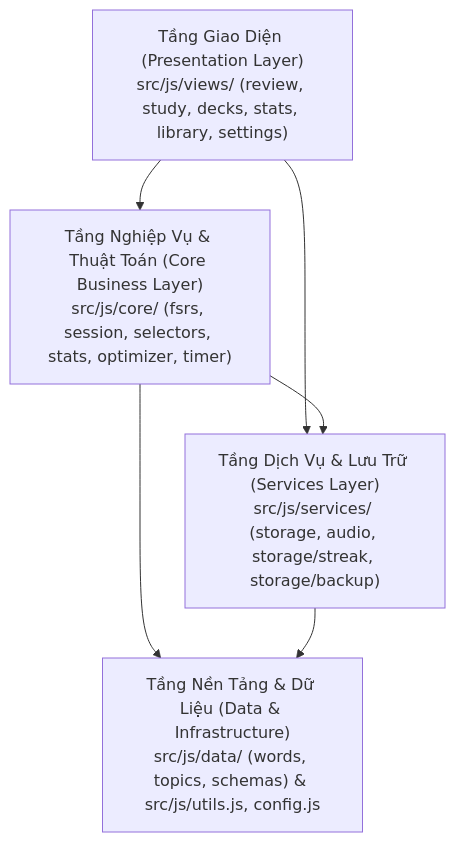
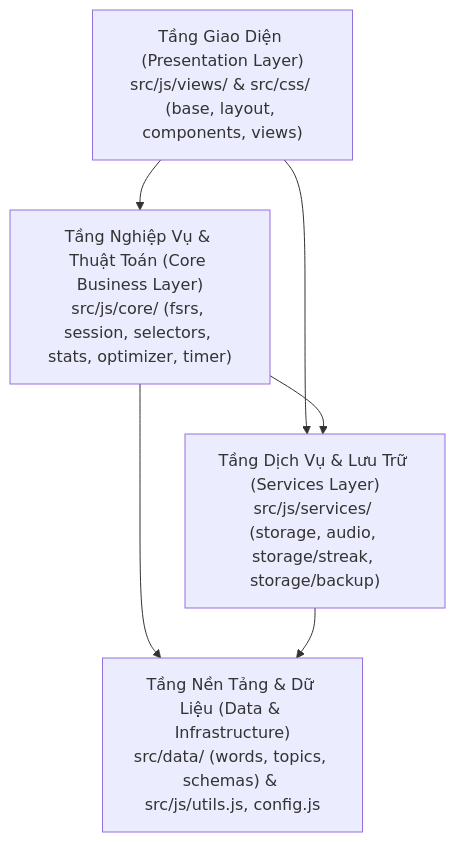
The first of 2 diagrams in docs/ARCHITECTURE.md (trantien2k5/flashcard-pro), drawn with Mermaid before and after one commit. The commit also changed other lines of this file and 8 other files, not shown here.

Commit message:
docs(structure): merge ADR and coding standards into docs/ARCHITECTURE.md and streamline AGENTS.md (v3.76.58)

````diff
--- a/docs/ARCHITECTURE.md
+++ b/docs/ARCHITECTURE.md
@@ -20,13 +20,13 @@
 ```mermaid
 graph TD
-    UI["Tầng Giao Diện (Presentation Layer)<br/>src/js/views/ (review, study, decks, stats, library, settings)"]
+    UI["Tầng Giao Diện (Presentation Layer)<br/>src/js/views/ & src/css/ (base, layout, components, views)"]
     CORE["Tầng Nghiệp Vụ & Thuật Toán (Core Business Layer)<br/>src/js/core/ (fsrs, session, selectors, stats, optimizer, timer)"]
     SVC["Tầng Dịch Vụ & Lưu Trữ (Services Layer)<br/>src/js/services/ (storage, audio, storage/streak, storage/backup)"]
-    INFRA["Tầng Nền Tảng & Dữ Liệu (Data & Infrastructure)<br/>src/js/data/ (words, topics, schemas) & src/js/utils.js, config.js"]
+    INFRA["Tầng Nền Tảng & Dữ Liệu (Data & Infrastructure)<br/>src/data/ (words, topics, schemas) & src/js/utils.js, config.js"]
 
     UI --> CORE
     UI --> SVC
     CORE --> SVC
     CORE --> INFRA
     SVC --> INFRA
 ```
````
